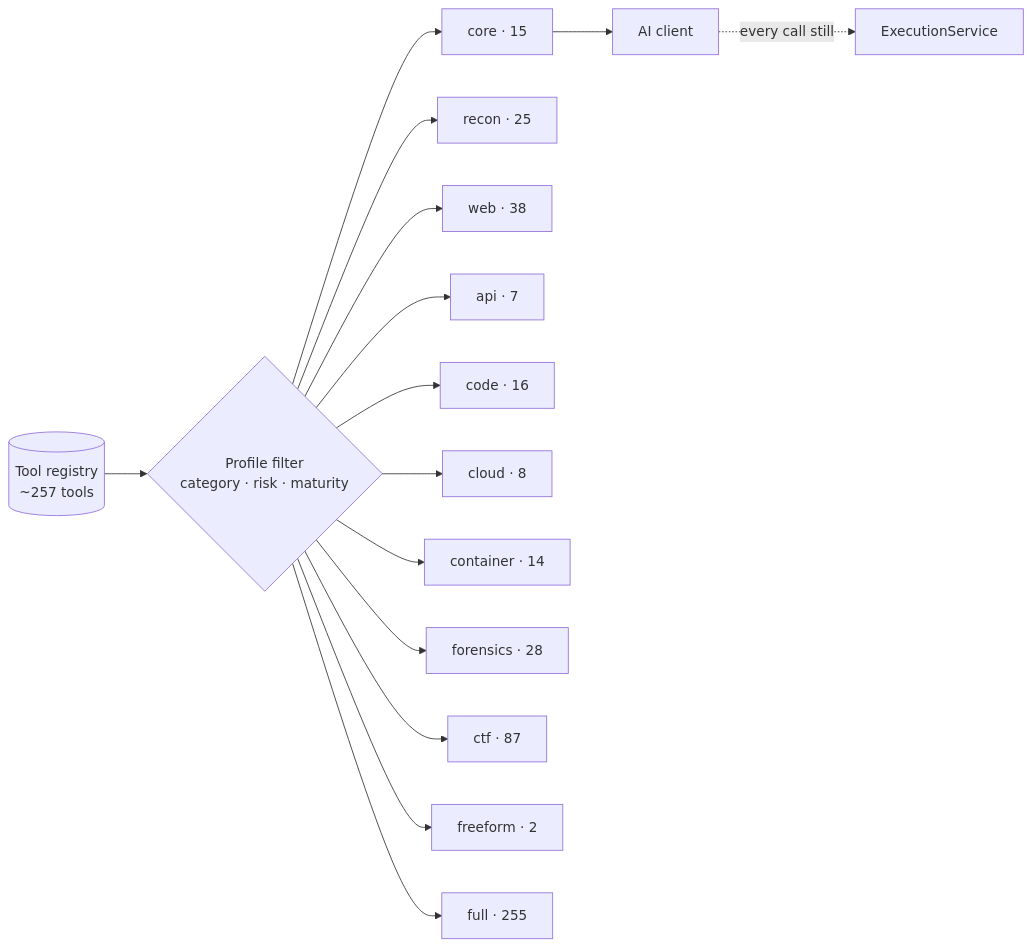
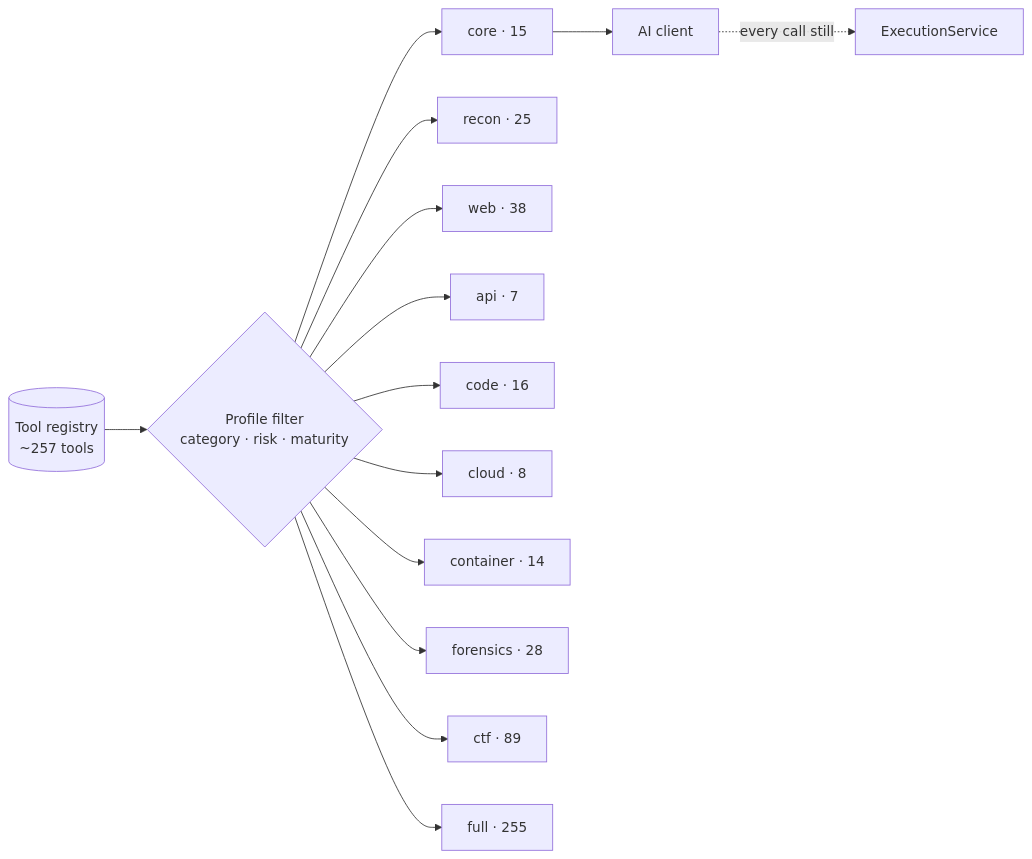
Before and after one commit to Arseno25/nexhunter: the sixth of 6 diagrams in docs/architecture.md, drawn with Mermaid. The commit also changed other lines of this file and 14 other files, not shown here.

````diff
--- a/docs/architecture.md
+++ b/docs/architecture.md
@@ -200,18 +201,17 @@
 ```mermaid
 flowchart LR
     REG[(Tool registry<br/>~257 tools)] --> F{Profile filter<br/>category · risk · maturity}
     F --> C[core · 15]
     F --> RC[recon · 25]
     F --> W[web · 38]
     F --> AP[api · 7]
     F --> CD[code · 16]
     F --> CL[cloud · 8]
     F --> CT[container · 14]
     F --> FR[forensics · 28]
-    F --> CTF[ctf · 87]
-    F --> FF[freeform · 2]
+    F --> CTF[ctf · 89]
     F --> FU[full · 255]
 
     C --> CLIENT[AI client]
     CLIENT -.->|every call still| SVC[ExecutionService]
 ```
````
